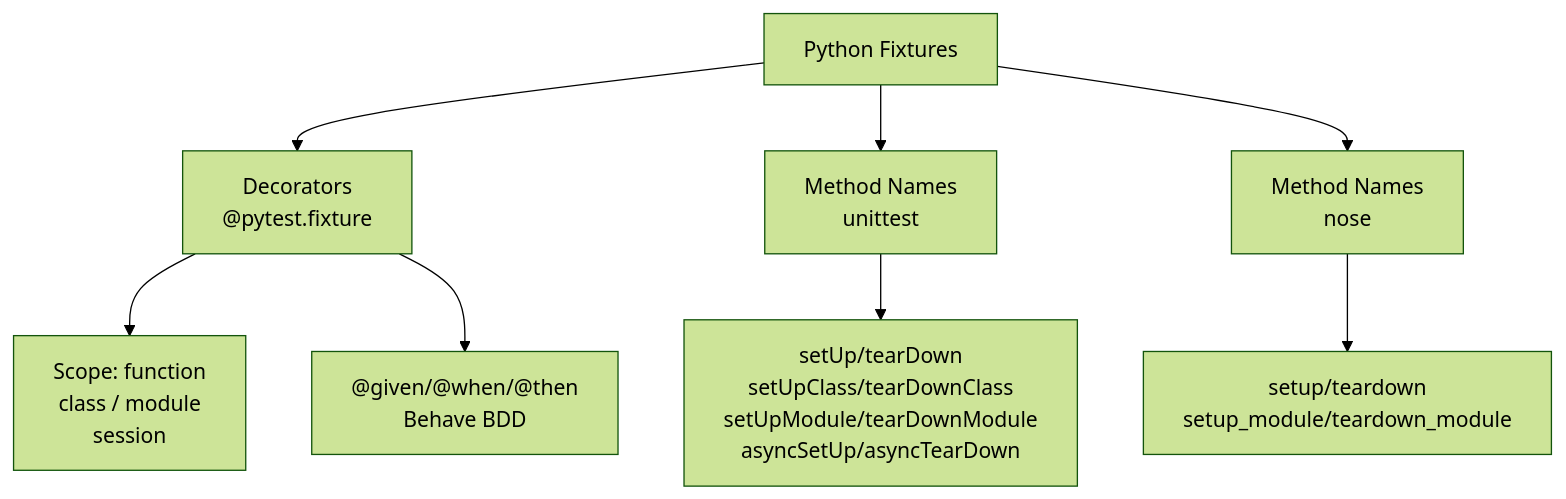
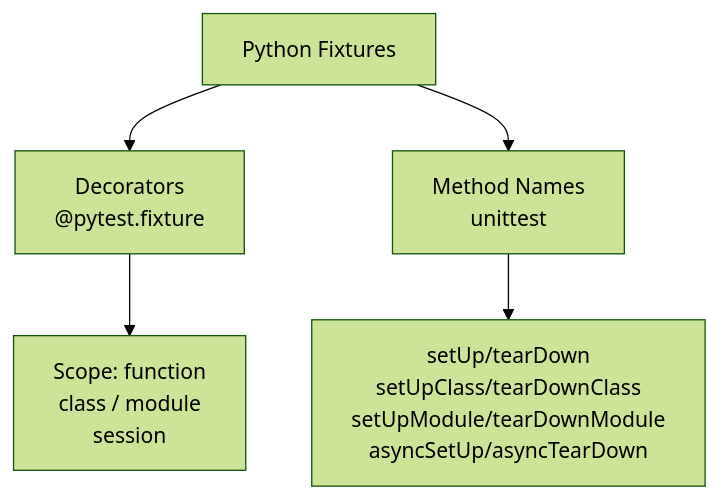
Before and after one commit to joaofix/fixturedb: the first of 3 diagrams in docs/usage/fixture-patterns-reference.md, drawn with Mermaid (forest theme). The commit also changed other lines of this file and 18 other files, not shown here.

````diff
--- a/docs/usage/fixture-patterns-reference.md
+++ b/docs/usage/fixture-patterns-reference.md
@@ -677,11 +453,8 @@
 ```mermaid
 graph TD
     A["Python Fixtures"]
     A --> B["Decorators<br/>@pytest.fixture"]
     B --> B1["Scope: function<br/>class / module<br/>session"]
-    B --> B2["@given/@when/@then<br/>Behave BDD"]
     A --> C["Method Names<br/>unittest"]
     C --> C1["setUp/tearDown<br/>setUpClass/tearDownClass<br/>setUpModule/tearDownModule<br/>asyncSetUp/asyncTearDown"]
-    A --> D["Method Names<br/>nose"]
-    D --> D1["setup/teardown<br/>setup_module/teardown_module"]
 ```
````
